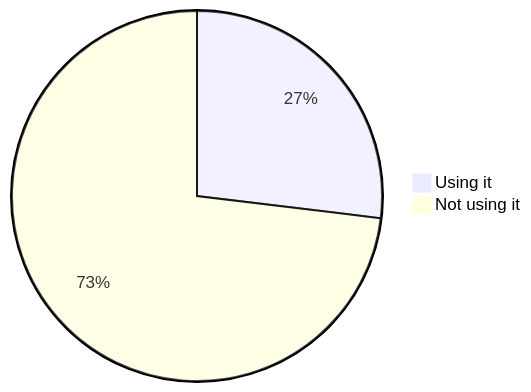
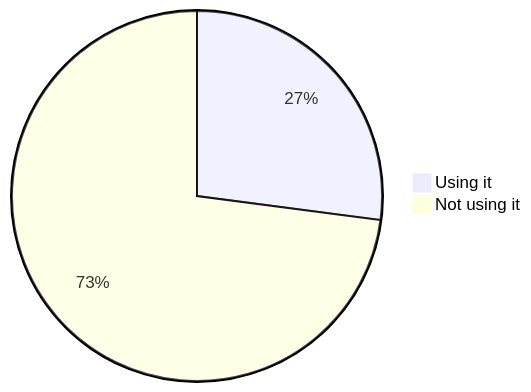
One commit to oshp/oshp-stats changed diagram 15 of 19 in stats.md. Above: the diagram before and after it, drawn with Mermaid. The commit also changed other lines of this file, not shown here.

````diff
--- a/stats.md
+++ b/stats.md
@@ -176,6 +176,6 @@
 ```mermaid
 pie
-	"Using it" : 26.92
-	"Not using it" : 73.08
+	"Using it" : 27.07
+	"Not using it" : 72.93
 
 ```
````
